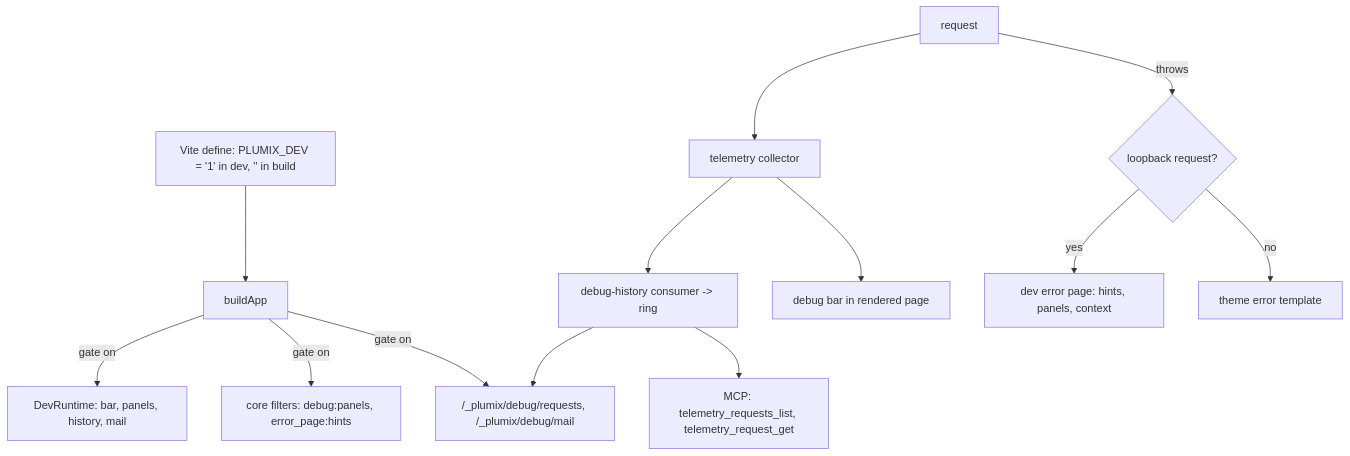
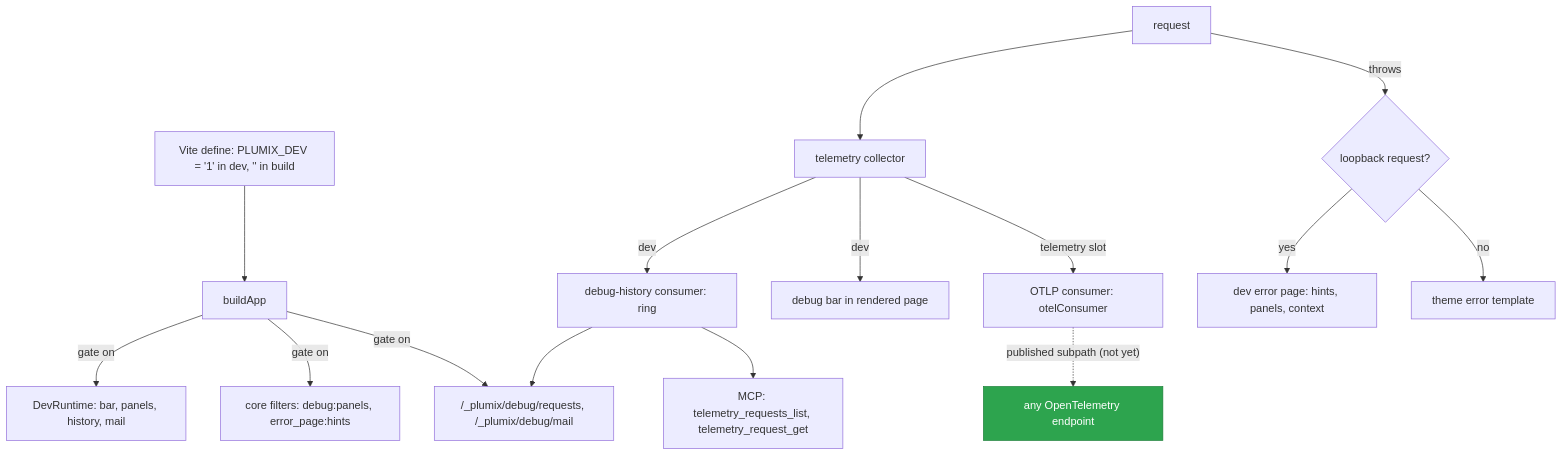
Before and after one commit to withplumix/plumix: the diagram in docs/architecture/dev-tooling.md, drawn with Mermaid. The commit also changed other lines of this file and 21 other files, not shown here.

````diff
--- a/docs/architecture/dev-tooling.md
+++ b/docs/architecture/dev-tooling.md
@@ -7,15 +7,19 @@
 ```mermaid
 flowchart TD
   V["Vite define: PLUMIX_DEV = '1' in dev, '' in build"] --> B[buildApp]
   B -->|gate on| DR["DevRuntime: bar, panels, history, mail"]
   B -->|gate on| F["core filters: debug:panels, error_page:hints"]
   B -->|gate on| R["/_plumix/debug/requests, /_plumix/debug/mail"]
   Q[request] --> T[telemetry collector]
-  T --> H["debug-history consumer -> ring"]
-  T --> Bar["debug bar in rendered page"]
+  T -->|dev| H["debug-history consumer: ring"]
+  T -->|dev| Bar["debug bar in rendered page"]
+  T -->|"telemetry slot"| O["OTLP consumer: otelConsumer"]
+  O -. "published subpath (not yet)" .-> Sink["any OpenTelemetry endpoint"]
   Q -->|throws| E{"loopback request?"}
   E -->|yes| EP["dev error page: hints, panels, context"]
   E -->|no| TE["theme error template"]
   H --> R
   H --> M["MCP: telemetry_requests_list, telemetry_request_get"]
+  class Sink goal
+  classDef goal fill:#2da44e,stroke:#1a7f37,color:#fff
 ```
````
